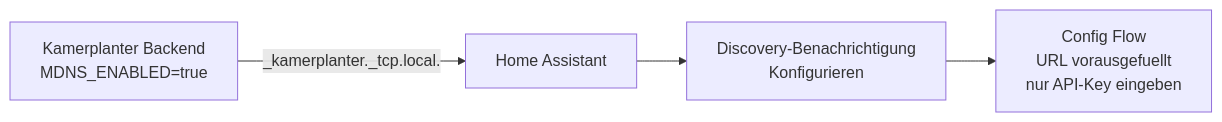
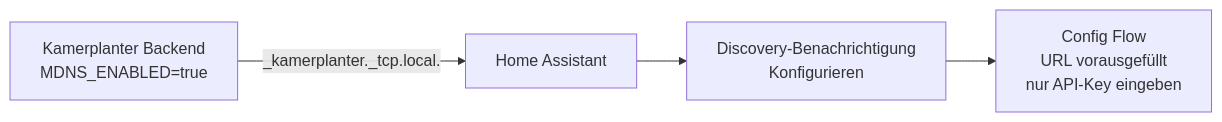
Before and after one commit to nolte/kamerplanter: the third of 3 diagrams in docs/de/guides/home-assistant-integration.md, drawn with Mermaid. The commit also changed other lines of this file and 77 other files, not shown here.

````diff
--- a/docs/de/guides/home-assistant-integration.md
+++ b/docs/de/guides/home-assistant-integration.md
@@ -85,7 +88,7 @@
 ```mermaid
 flowchart LR
     KP["Kamerplanter Backend\nMDNS_ENABLED=true"]
     KP -->|_kamerplanter._tcp.local.| HA["Home Assistant"]
     HA --> D["Discovery-Benachrichtigung\nKonfigurieren"]
-    D --> CF["Config Flow\nURL vorausgefuellt\nnur API-Key eingeben"]
+    D --> CF["Config Flow\nURL vorausgefüllt\nnur API-Key eingeben"]
 ```
````
